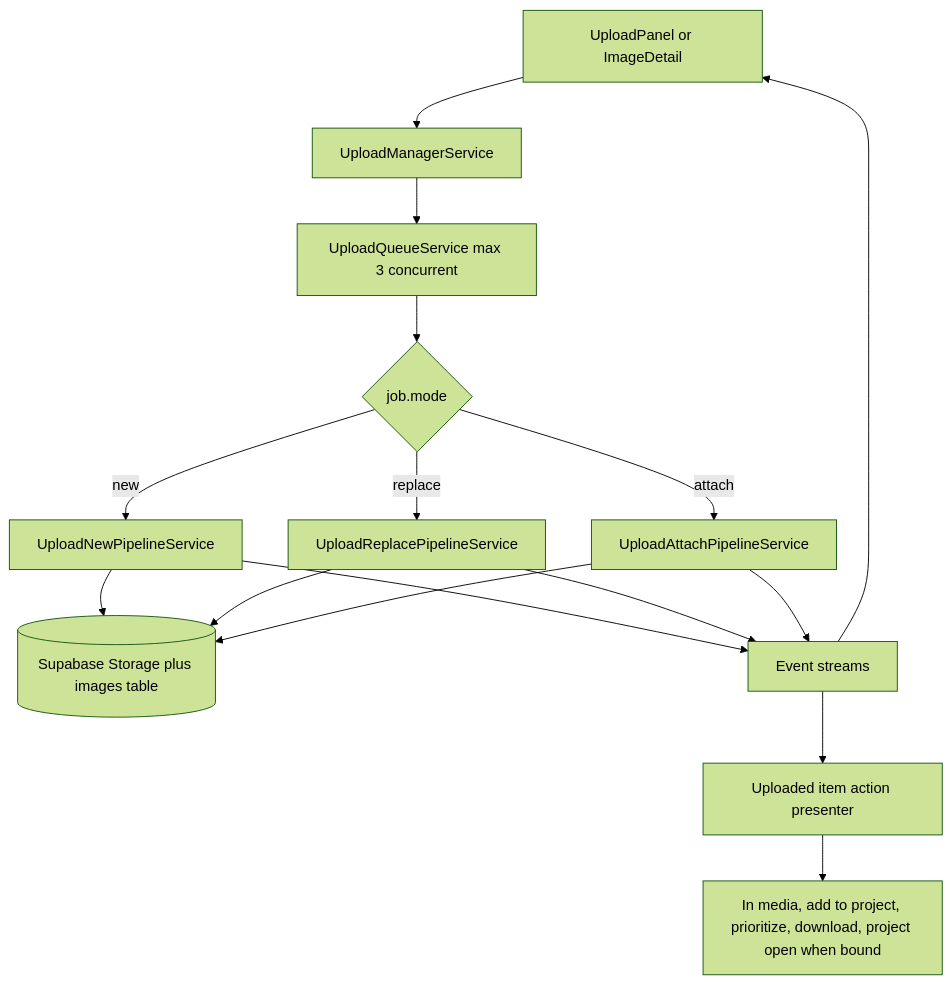
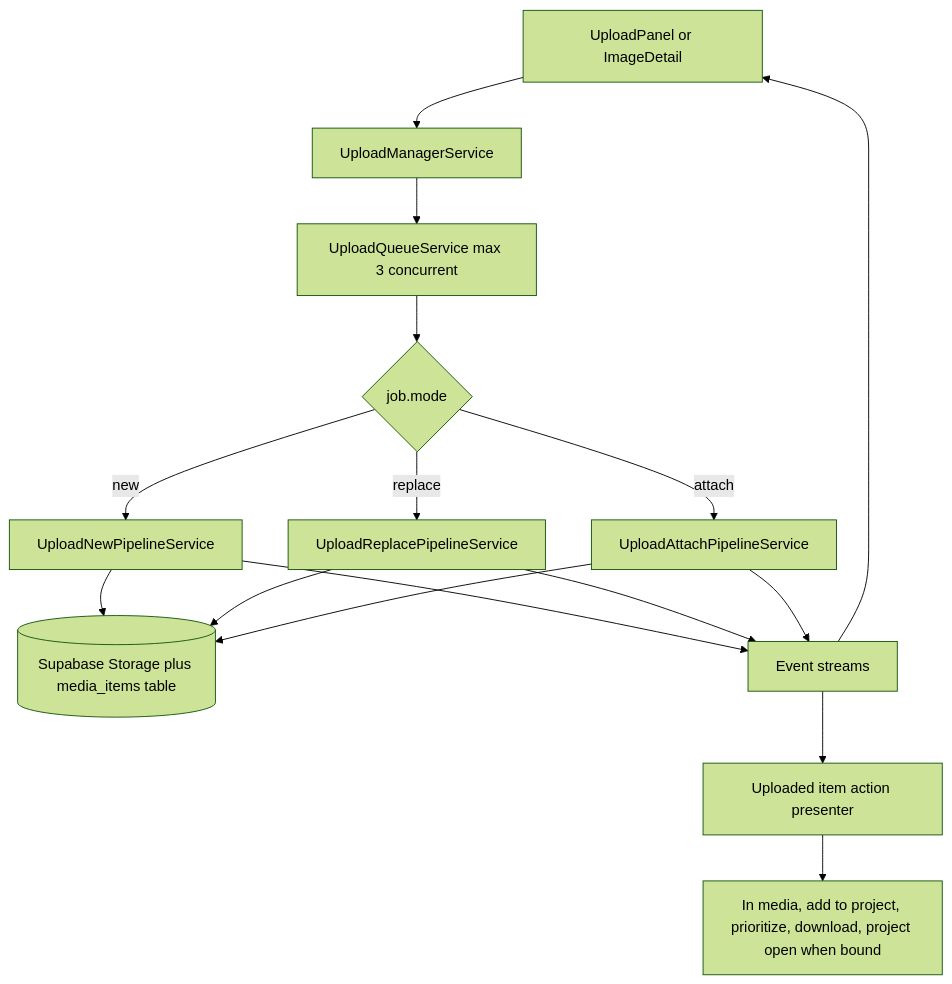
One commit to matkleve/feldpost changed the second of 4 diagrams in docs/specs/service/media-upload-service/upload-manager.md. Above: the diagram before and after it, drawn with Mermaid (forest theme). The commit also changed other lines of this file and 10 other files, not shown here.

````diff
--- a/docs/specs/service/media-upload-service/upload-manager.md
+++ b/docs/specs/service/media-upload-service/upload-manager.md
@@ -97,18 +97,18 @@
 ```mermaid
 flowchart TD
   UI[UploadPanel or ImageDetail] --> M[UploadManagerService]
   M --> Q[UploadQueueService max 3 concurrent]
   Q --> P{job.mode}
   P -->|new| N[UploadNewPipelineService]
   P -->|replace| R[UploadReplacePipelineService]
   P -->|attach| A[UploadAttachPipelineService]
-  N --> S[(Supabase Storage plus images table)]
+  N --> S[(Supabase Storage plus media_items table)]
   R --> S
   A --> S
   N --> E[Event streams]
   R --> E
   A --> E
   E --> UI
   E --> UAI[Uploaded item action presenter]
   UAI --> NAV[In media, add to project, prioritize, download, project open when bound]
 ```
````
